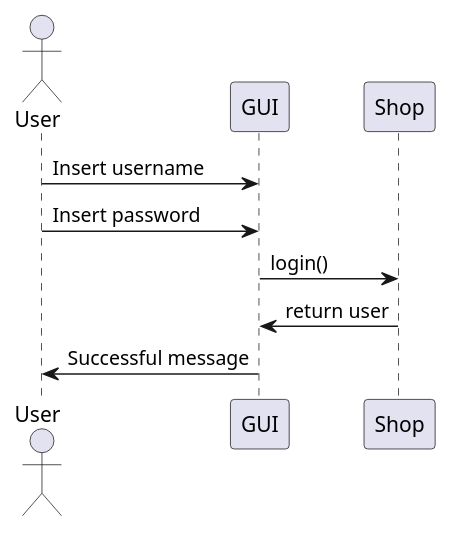
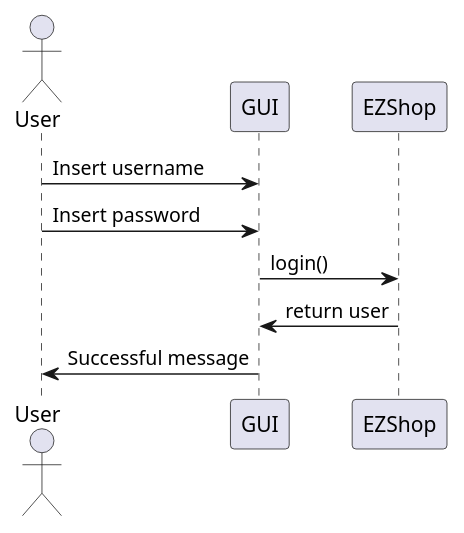
Diagram 12 of 19 in Deliverables/DesignDocument.md (ThePiromaximus/ezshop), drawn with PlantUML before and after one commit. The commit also changed other lines of this file, not shown here.

````diff
--- a/Deliverables/DesignDocument.md
+++ b/Deliverables/DesignDocument.md
@@ -406,10 +422,10 @@
 ```plantuml
 @startuml
 actor User
 User -> GUI : Insert username
 User -> GUI : Insert password
-GUI -> Shop : login()
-Shop -> GUI : return user
+GUI -> EZShop : login()
+EZShop -> GUI : return user
 GUI -> User : Successful message
 @enduml
 ```
````
